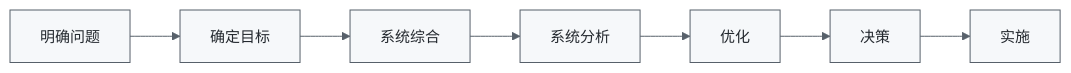
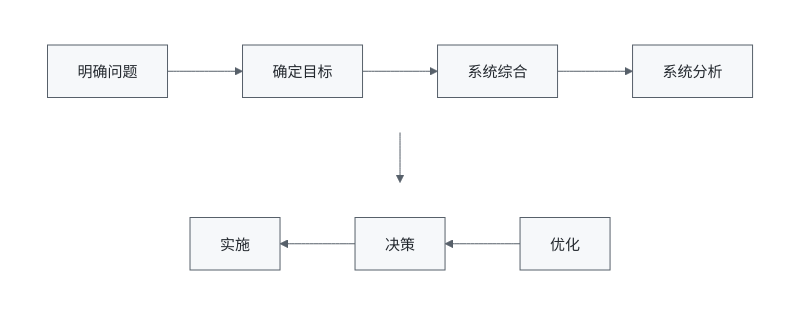
Before and after one commit to 74262195/system-architect-notes: the fourth of 7 diagrams in 01_综合知识/02_系统工程与信息系统基础/02_系统工程方法/霍尔三维结构.md, drawn with Mermaid. The commit also changed other lines of this file and 1 other file, not shown here.

Commit message:
fix: 恢复六至八节点两行折返规则

````diff
--- a/01_综合知识/02_系统工程与信息系统基础/02_系统工程方法/霍尔三维结构.md
+++ b/01_综合知识/02_系统工程与信息系统基础/02_系统工程方法/霍尔三维结构.md
@@ -299,6 +309,16 @@
 ```mermaid
 %%{init: {"theme":"base","themeVariables":{"fontSize":"15px","primaryColor":"#f6f8fa","primaryTextColor":"#24292f","primaryBorderColor":"#57606a","lineColor":"#57606a","secondaryColor":"#ffffff","tertiaryColor":"#ffffff","edgeLabelBackground":"#ffffff"}}}%%
-flowchart LR
-    A["明确问题"] --> B["确定目标"] --> C["系统综合"] --> D["系统分析"]
-    D --> E["优化"] --> F["决策"] --> G["实施"]
+flowchart TB
+    subgraph row1[" "]
+        direction LR
+        A["明确问题"] --> B["确定目标"] --> C["系统综合"] --> D["系统分析"]
+    end
+    subgraph row2[" "]
+        direction RL
+        E["优化"] --> F["决策"] --> G["实施"]
+    end
+    row1 --> row2
+
+    style row1 fill:transparent,stroke:transparent
+    style row2 fill:transparent,stroke:transparent
 ```
````
